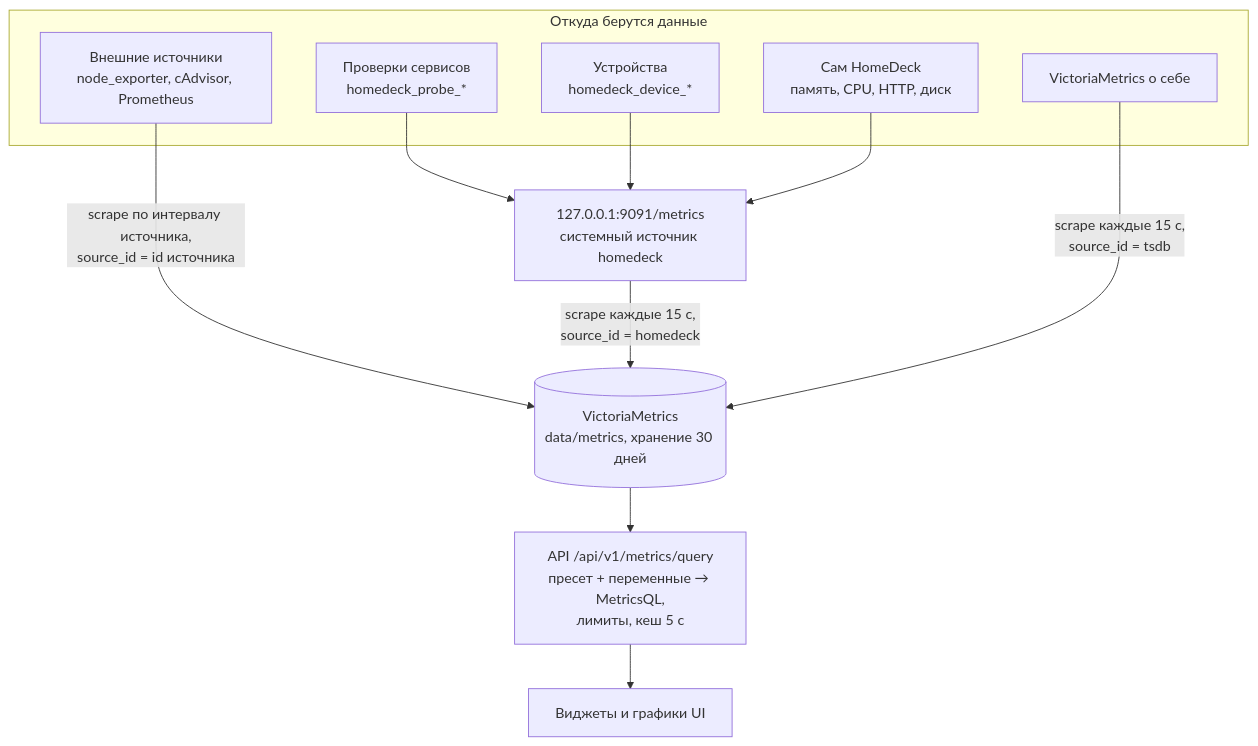
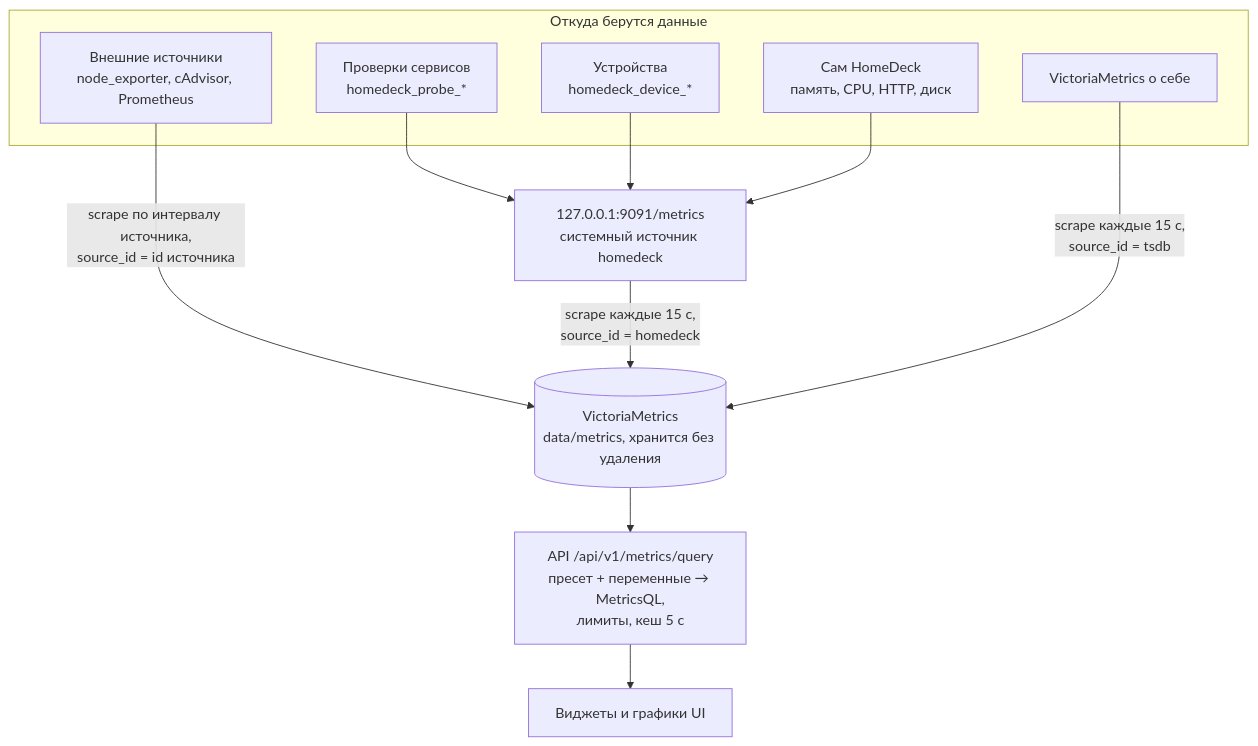
Before and after one commit to fess932/homeLab: the second of 4 diagrams in README.md, drawn with Mermaid. The commit also changed other lines of this file and 4 other files, not shown here.

````diff
--- a/README.md
+++ b/README.md
@@ -79,23 +79,23 @@
 ```mermaid
 flowchart TB
     subgraph producers["Откуда берутся данные"]
         ext["Внешние источники<br/>node_exporter, cAdvisor, Prometheus"]
         probes["Проверки сервисов<br/>homedeck_probe_*"]
         dev["Устройства<br/>homedeck_device_*"]
         self["Сам HomeDeck<br/>память, CPU, HTTP, диск"]
         vmself["VictoriaMetrics о себе"]
     end
 
     internal["127.0.0.1:9091/metrics<br/>системный источник homedeck"]
-    vm[("VictoriaMetrics<br/>data/metrics, хранение 30 дней")]
+    vm[("VictoriaMetrics<br/>data/metrics, хранится без удаления")]
     api["API /api/v1/metrics/query<br/>пресет + переменные → MetricsQL,<br/>лимиты, кеш 5 с"]
     ui["Виджеты и графики UI"]
 
     ext -- "scrape по интервалу источника,<br/>source_id = id источника" --> vm
     probes --> internal
     dev --> internal
     self --> internal
     internal -- "scrape каждые 15 с,<br/>source_id = homedeck" --> vm
     vmself -- "scrape каждые 15 с,<br/>source_id = tsdb" --> vm
     vm --> api --> ui
 ```
````
